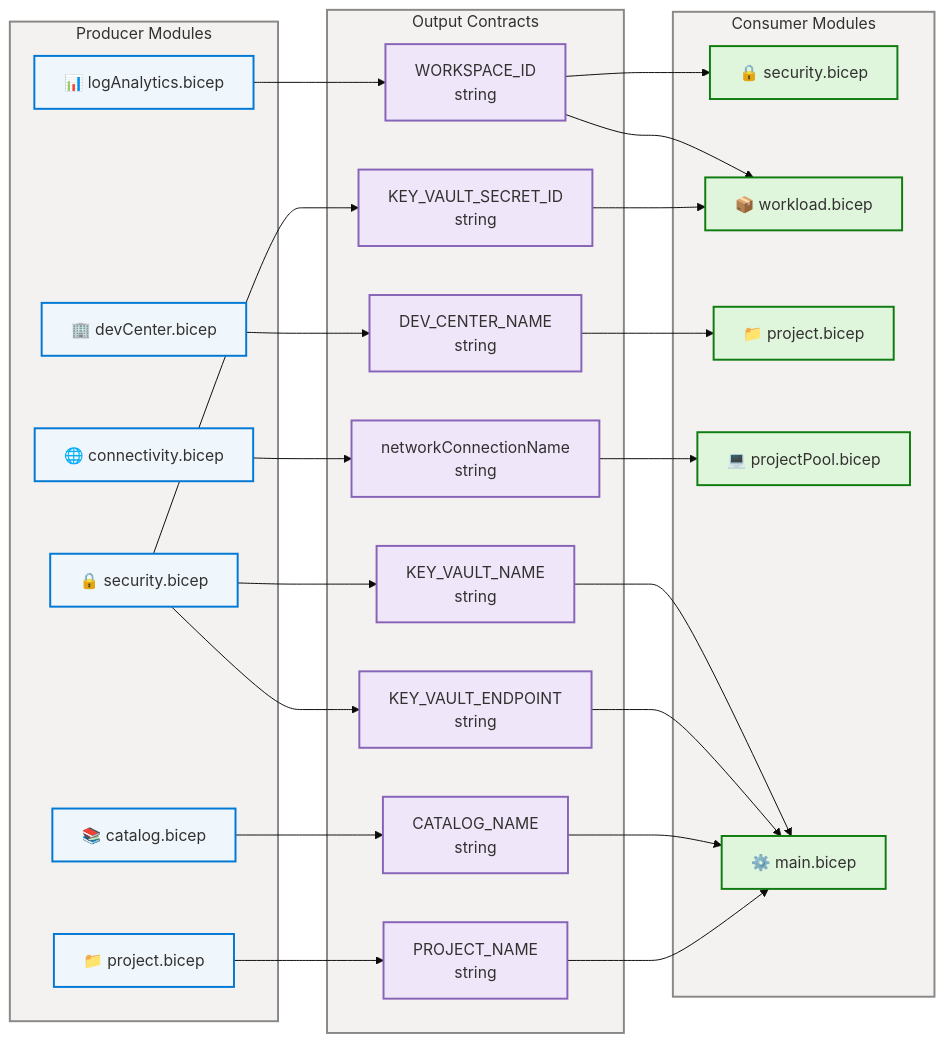
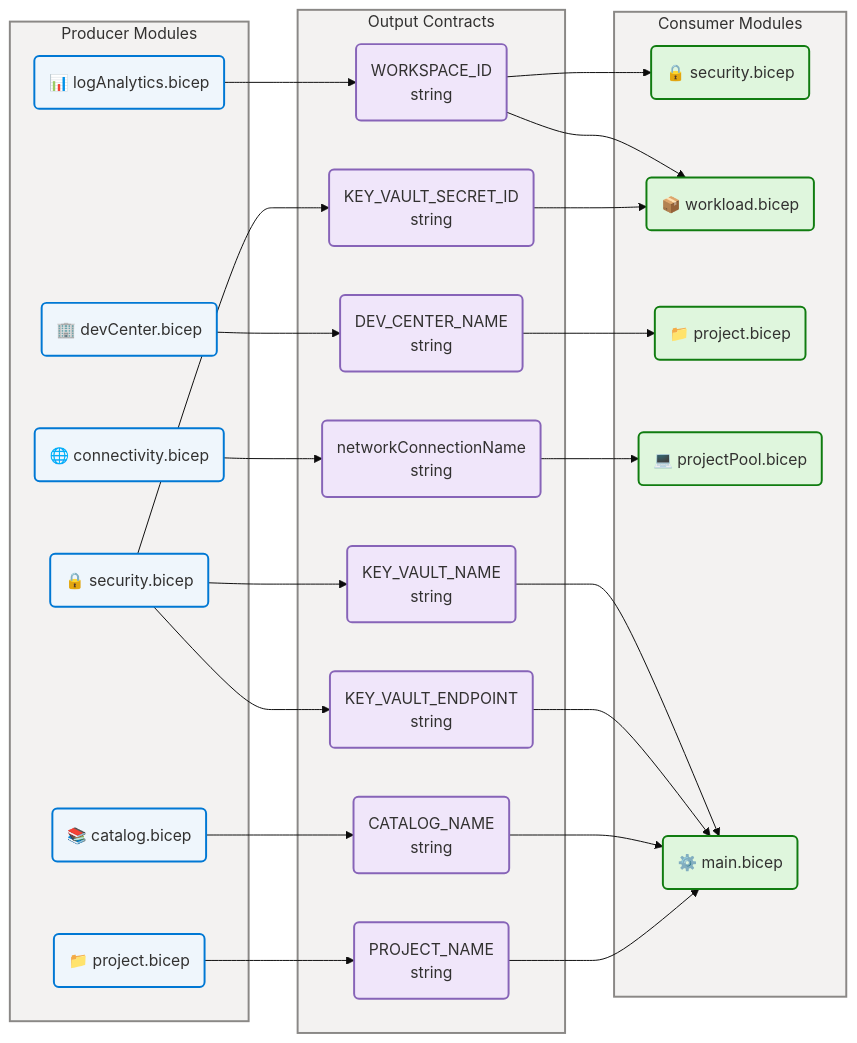
Before and after one commit to Evilazaro/DevExp-DevBox: diagram 11 of 14 in docs/architecture/data-architecture.md, drawn with Mermaid. The commit also changed other lines of this file, not shown here.

Commit message:
feat: update data architecture diagrams with new class definitions and styling

````diff
--- a/docs/architecture/data-architecture.md
+++ b/docs/architecture/data-architecture.md
@@ -1166,78 +1167,78 @@
 ```mermaid
 ---
 config:
   theme: base
   look: classic
   layout: dagre
   themeVariables:
     fontSize: "16px"
 ---
 flowchart LR
     accTitle: DevExp-DevBox Data Contract Map
     accDescr: Shows the typed output contracts between Bicep modules illustrating producer-consumer data contract relationships
 
     %% ═══════════════════════════════════════════════════════════════════════════
     %% AZURE / FLUENT ARCHITECTURE PATTERN v1.1
     %% (Semantic + Structural + Font + Accessibility Governance)
     %% ═══════════════════════════════════════════════════════════════════════════
     %% PHASE 1 - FLUENT UI: All styling uses approved Fluent UI palette only
     %% PHASE 2 - GROUPS: Every subgraph has semantic color via style directive
     %% PHASE 3 - COMPONENTS: Every node has semantic classDef + icon prefix
     %% PHASE 4 - ACCESSIBILITY: accTitle/accDescr present, WCAG AA contrast
     %% PHASE 5 - STANDARD: Governance block present, classDefs centralized
     %% ═══════════════════════════════════════════════════════════════════════════
 
-    classDef producer fill:#EFF6FC,stroke:#0078D4,stroke-width:2px,color:#323130
-    classDef contract fill:#F0E6FA,stroke:#8764B8,stroke-width:2px,color:#323130
-    classDef consumer fill:#DFF6DD,stroke:#107C10,stroke-width:2px,color:#323130
-
     subgraph Producers["Producer Modules"]
-        P_MON["📊 logAnalytics.bicep"]:::producer
-        P_SEC["🔒 security.bicep"]:::producer
-        P_DC["🏢 devCenter.bicep"]:::producer
-        P_CONN["🌐 connectivity.bicep"]:::producer
-        P_CAT["📚 catalog.bicep"]:::producer
-        P_PROJ["📁 project.bicep"]:::producer
+        P_MON("📊 logAnalytics.bicep"):::core
+        P_SEC("🔒 security.bicep"):::core
+        P_DC("🏢 devCenter.bicep"):::core
+        P_CONN("🌐 connectivity.bicep"):::core
+        P_CAT("📚 catalog.bicep"):::core
+        P_PROJ("📁 project.bicep"):::core
     end
     style Producers fill:#F3F2F1,stroke:#8A8886,stroke-width:2px,color:#323130
 
     subgraph Contracts["Output Contracts"]
-        C_WID["WORKSPACE_ID<br>string"]:::contract
-        C_KVN["KEY_VAULT_NAME<br>string"]:::contract
-        C_KVS["KEY_VAULT_SECRET_ID<br>string"]:::contract
-        C_KVE["KEY_VAULT_ENDPOINT<br>string"]:::contract
-        C_DCN["DEV_CENTER_NAME<br>string"]:::contract
-        C_NET["networkConnectionName<br>string"]:::contract
-        C_CATN["CATALOG_NAME<br>string"]:::contract
-        C_PN["PROJECT_NAME<br>string"]:::contract
+        C_WID("WORKSPACE_ID<br>string"):::data
+        C_KVN("KEY_VAULT_NAME<br>string"):::data
+        C_KVS("KEY_VAULT_SECRET_ID<br>string"):::data
+        C_KVE("KEY_VAULT_ENDPOINT<br>string"):::data
+        C_DCN("DEV_CENTER_NAME<br>string"):::data
+        C_NET("networkConnectionName<br>string"):::data
+        C_CATN("CATALOG_NAME<br>string"):::data
+        C_PN("PROJECT_NAME<br>string"):::data
     end
     style Contracts fill:#F3F2F1,stroke:#8A8886,stroke-width:2px,color:#323130
 
     subgraph Consumers["Consumer Modules"]
-        CO_SEC["🔒 security.bicep"]:::consumer
-        CO_WL["📦 workload.bicep"]:::consumer
-        CO_PROJ["📁 project.bicep"]:::consumer
-        CO_POOL["💻 projectPool.bicep"]:::consumer
-        CO_MAIN["⚙️ main.bicep"]:::consumer
+        CO_SEC("🔒 security.bicep"):::success
+        CO_WL("📦 workload.bicep"):::success
+        CO_PROJ("📁 project.bicep"):::success
+        CO_POOL("💻 projectPool.bicep"):::success
+        CO_MAIN("⚙️ main.bicep"):::success
     end
     style Consumers fill:#F3F2F1,stroke:#8A8886,stroke-width:2px,color:#323130
 
     P_MON --> C_WID
     P_SEC --> C_KVN
     P_SEC --> C_KVS
     P_SEC --> C_KVE
     P_DC --> C_DCN
     P_CONN --> C_NET
     P_CAT --> C_CATN
     P_PROJ --> C_PN
 
     C_WID --> CO_SEC
     C_WID --> CO_WL
     C_KVS --> CO_WL
     C_KVN --> CO_MAIN
     C_KVE --> CO_MAIN
     C_DCN --> CO_PROJ
     C_NET --> CO_POOL
     C_CATN --> CO_MAIN
     C_PN --> CO_MAIN
+
+    classDef core fill:#EFF6FC,stroke:#0078D4,stroke-width:2px,color:#323130
+    classDef data fill:#F0E6FA,stroke:#8764B8,stroke-width:2px,color:#323130
+    classDef success fill:#DFF6DD,stroke:#107C10,stroke-width:2px,color:#323130
 ```
````
